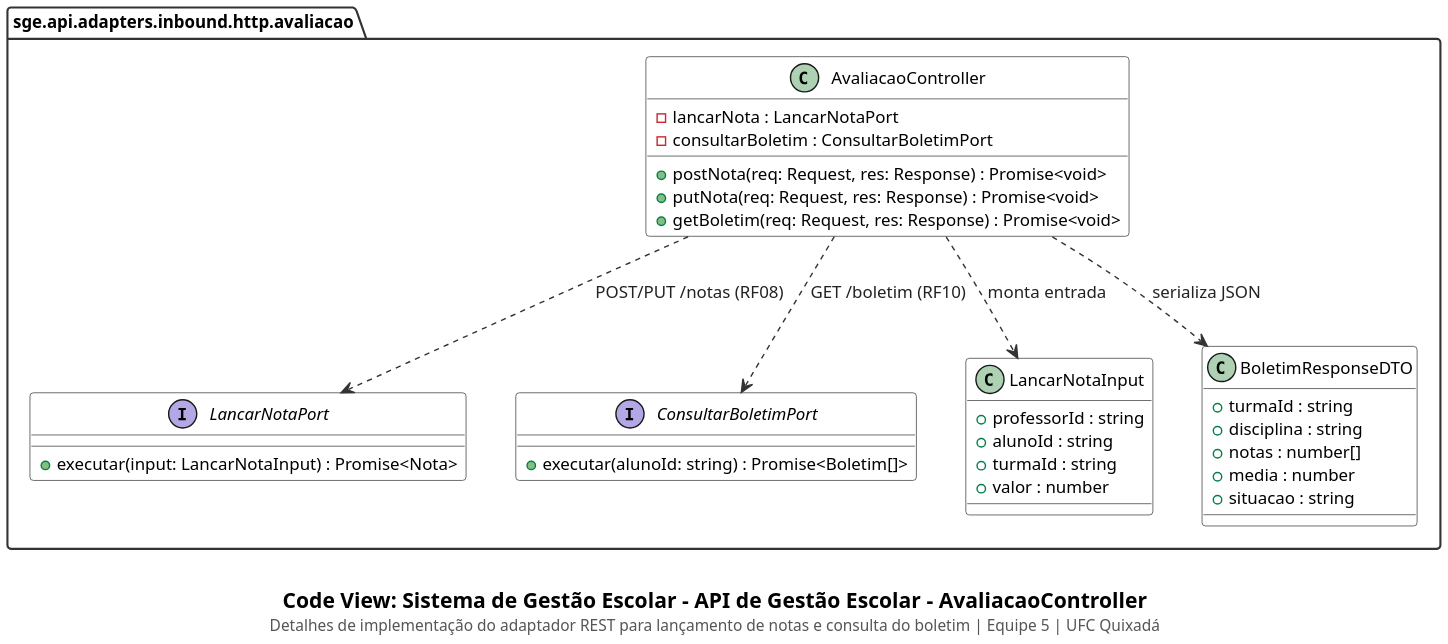
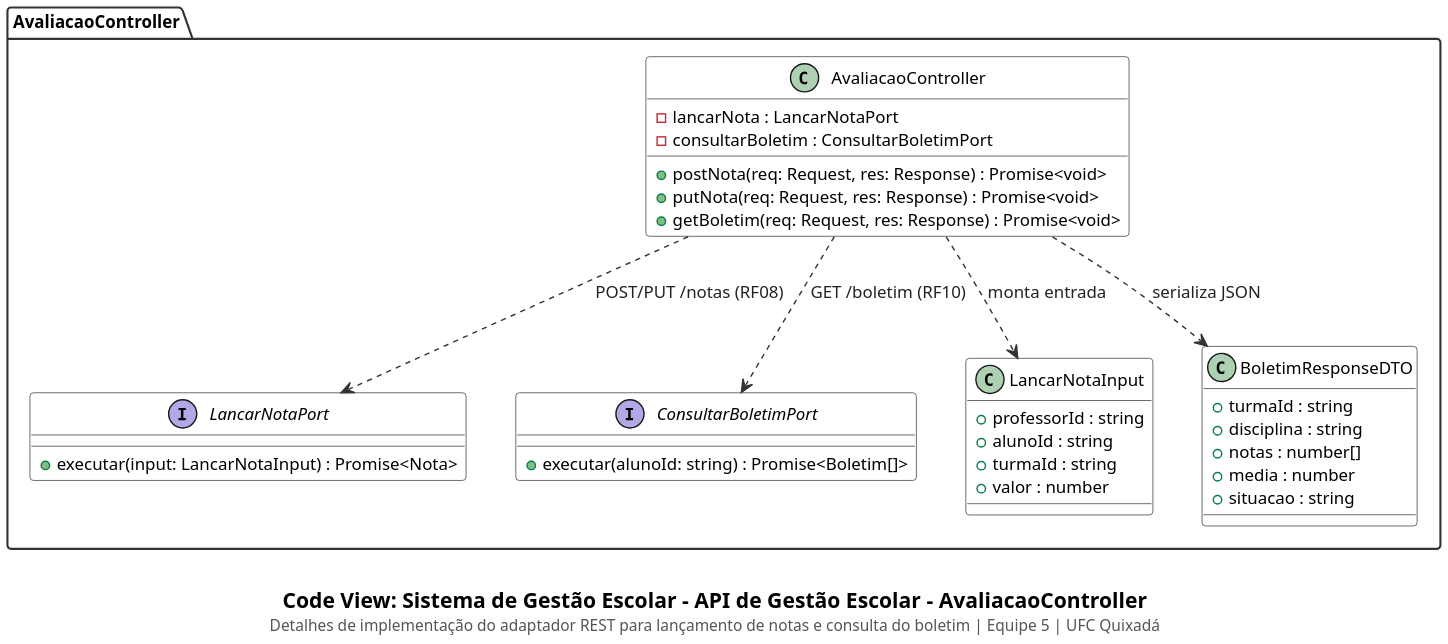
One commit to cicerocarnauba/sistema-gestao-escolar changed the diagram in docs/code/avaliacao-controller.puml. Above: the diagram before and after it, drawn with PlantUML. The commit also changed 14 other files, not shown here.

```diff
--- a/docs/code/avaliacao-controller.puml
+++ b/docs/code/avaliacao-controller.puml
@@ -1,60 +1,60 @@
 @startuml
 set separator none
 top to bottom direction
 skinparam backgroundColor #FFFFFF
 skinparam shadowing false
 skinparam dpi 180
 skinparam defaultFontName "SansSerif"
 skinparam defaultFontSize 12
 skinparam packageStyle folder
 skinparam packageBackgroundColor #FFFFFF
 skinparam packageBorderColor #333333
 skinparam packageFontStyle bold
 skinparam classBackgroundColor #FFFFFF
 skinparam classHeaderBackgroundColor #FFFFFF
 skinparam classBorderColor #333333
 skinparam arrowColor #333333
 skinparam arrowFontColor #222222
 skinparam noteBackgroundColor #FAFAFA
 skinparam noteBorderColor #666666
 
-package "sge.api.adapters.inbound.http.avaliacao" {
+package "AvaliacaoController" as pkg_avaliacao_controller {
     interface LancarNotaPort {
         + executar(input: LancarNotaInput) : Promise<Nota>
     }
 
     interface ConsultarBoletimPort {
         + executar(alunoId: string) : Promise<Boletim[]>
     }
 
     class AvaliacaoController {
         - lancarNota : LancarNotaPort
         - consultarBoletim : ConsultarBoletimPort
         + postNota(req: Request, res: Response) : Promise<void>
         + putNota(req: Request, res: Response) : Promise<void>
         + getBoletim(req: Request, res: Response) : Promise<void>
     }
 
     class LancarNotaInput {
         + professorId : string
         + alunoId : string
         + turmaId : string
         + valor : number
     }
 
     class BoletimResponseDTO {
         + turmaId : string
         + disciplina : string
         + notas : number[]
         + media : number
         + situacao : string
     }
 
     AvaliacaoController ..> LancarNotaPort : POST/PUT /notas (RF08)
     AvaliacaoController ..> ConsultarBoletimPort : GET /boletim (RF10)
     AvaliacaoController ..> LancarNotaInput : monta entrada
     AvaliacaoController ..> BoletimResponseDTO : serializa JSON
 }
 
 caption \n<size:15><b>Code View: Sistema de Gestão Escolar - API de Gestão Escolar - AvaliacaoController</b></size>\n<size:11><color:#555555>Detalhes de implementação do adaptador REST para lançamento de notas e consulta do boletim | Equipe 5 | UFC Quixadá</color></size>
 @enduml
```
